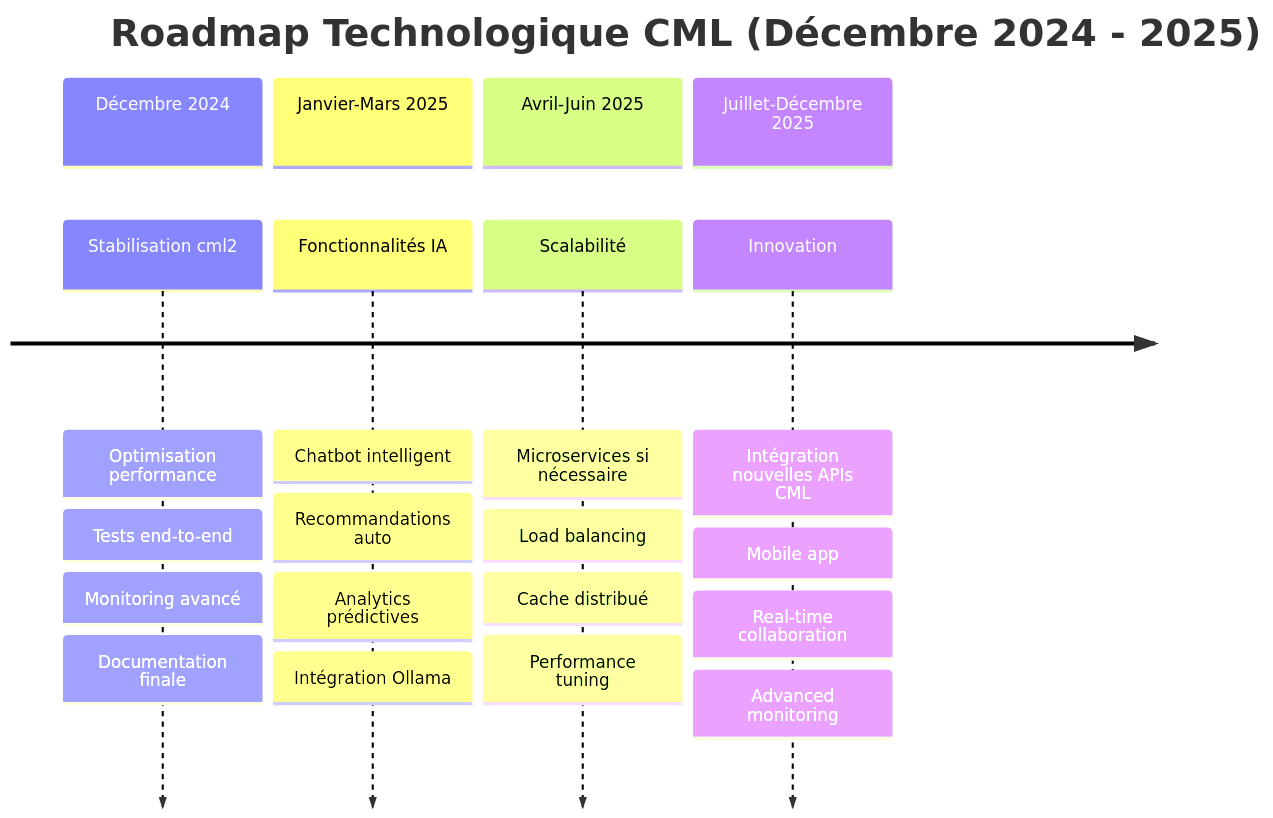
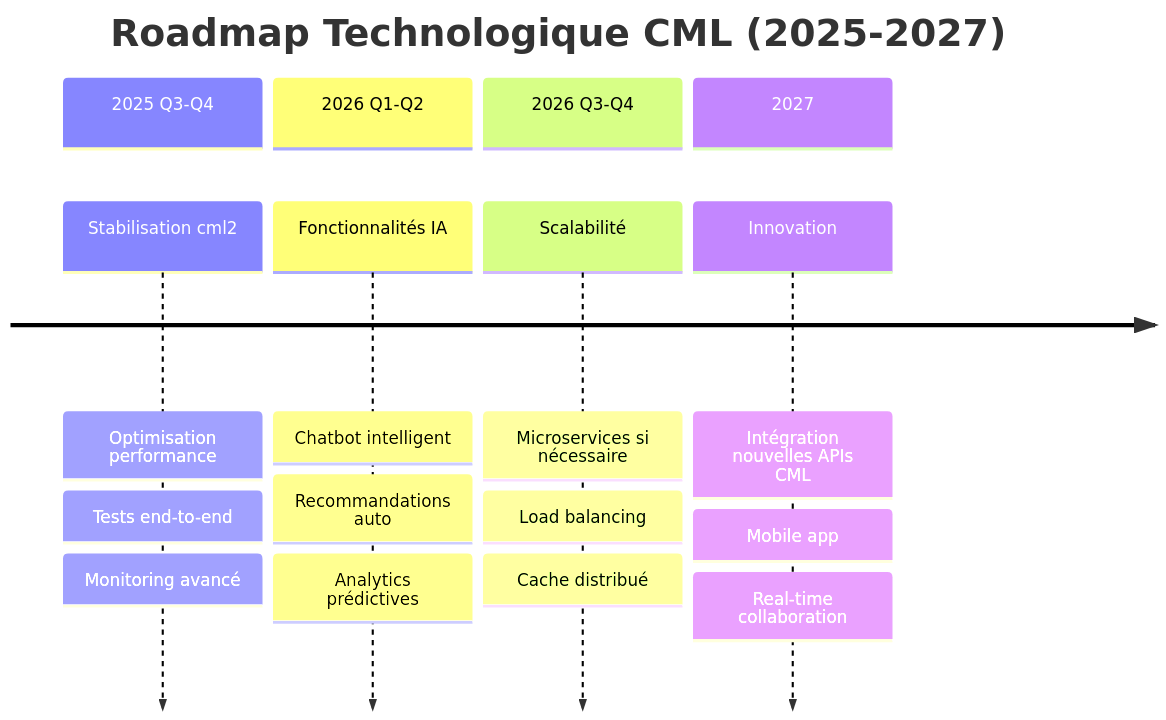
One commit to KONDRONETWORKS/RAPPORTS changed the sixth of 15 diagrams in v.0.1_STRUCTURE.md. Above: the diagram before and after it, drawn with Mermaid. The commit also changed other lines of this file, not shown here.

````diff
--- a/v.0.1_STRUCTURE.md
+++ b/v.0.1_STRUCTURE.md
@@ -195,28 +199,24 @@
 ```mermaid
 timeline
-    title Roadmap Technologique CML (Décembre 2024 - 2025)
+    title Roadmap Technologique CML (2025-2027)
     
-    section Décembre 2024
+    section 2025 Q3-Q4
         Stabilisation cml2    : Optimisation performance
                              : Tests end-to-end
                              : Monitoring avancé
-                             : Documentation finale
     
-    section Janvier-Mars 2025
+    section 2026 Q1-Q2
         Fonctionnalités IA    : Chatbot intelligent
                              : Recommandations auto
                              : Analytics prédictives
-                             : Intégration Ollama
     
-    section Avril-Juin 2025
+    section 2026 Q3-Q4
         Scalabilité          : Microservices si nécessaire
                              : Load balancing
                              : Cache distribué
-                             : Performance tuning
     
-    section Juillet-Décembre 2025
+    section 2027
         Innovation           : Intégration nouvelles APIs CML
                              : Mobile app
                              : Real-time collaboration
-                             : Advanced monitoring
 ```
````
